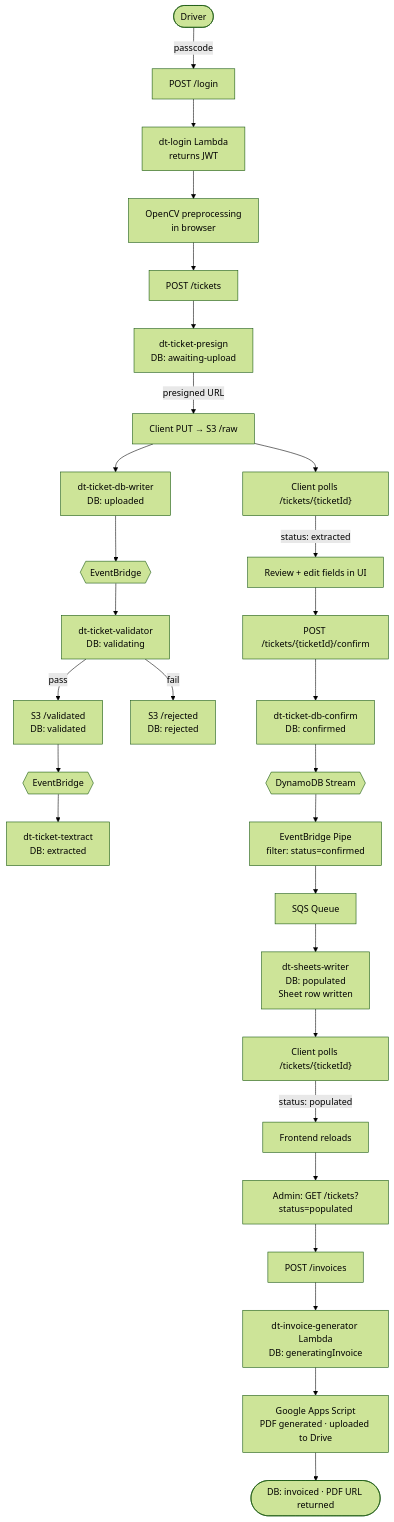
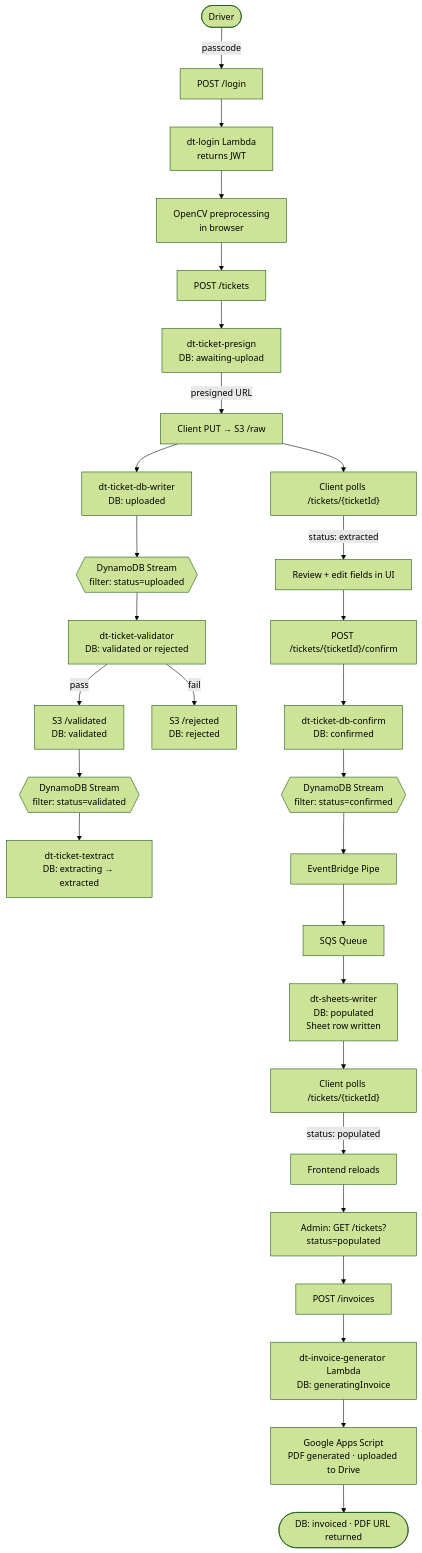
One commit to artomatiq/ccs-ticket-backend changed the first of 2 diagrams in ARCHITECTURE.MD. Above: the diagram before and after it, drawn with Mermaid (forest theme). The commit also changed other lines of this file and 2 other files, not shown here.

````diff
--- a/ARCHITECTURE.MD
+++ b/ARCHITECTURE.MD
@@ -9,36 +9,36 @@
 ```mermaid
 flowchart TD
     A([Driver]) -->|passcode| B[POST /login]
     B --> C[dt-login Lambda\nreturns JWT]
 
     C --> D[OpenCV preprocessing\nin browser]
     D --> E[POST /tickets]
     E --> F[dt-ticket-presign\nDB: awaiting-upload]
     F -->|presigned URL| G[Client PUT → S3 /raw]
 
     G --> H[dt-ticket-db-writer\nDB: uploaded]
-    H --> I{{EventBridge}}
-    I --> J[dt-ticket-validator\nDB: validating]
+    H --> S1{{DynamoDB Stream\nfilter: status=uploaded}}
+    S1 --> J[dt-ticket-validator\nDB: validated or rejected]
     J -->|pass| K[S3 /validated\nDB: validated]
     J -->|fail| L[S3 /rejected\nDB: rejected]
-    K --> M{{EventBridge}}
-    M --> N[dt-ticket-textract\nDB: extracted]
+    K --> S2{{DynamoDB Stream\nfilter: status=validated}}
+    S2 --> N[dt-ticket-textract\nDB: extracting → extracted]
 
     G --> O["Client polls /tickets/{ticketId}"]
     O -->|status: extracted| P[Review + edit fields in UI]
     P --> Q["POST /tickets/{ticketId}/confirm"]
     Q --> R[dt-ticket-db-confirm\nDB: confirmed]
-    R --> S{{DynamoDB Stream}}
-    S --> pipe[EventBridge Pipe\nfilter: status=confirmed]
+    R --> S3{{DynamoDB Stream\nfilter: status=confirmed}}
+    S3 --> pipe[EventBridge Pipe]
     pipe --> sqs[SQS Queue]
     sqs --> T[dt-sheets-writer\nDB: populated\nSheet row written]
 
     T --> U["Client polls /tickets/{ticketId}"]
     U -->|status: populated| V[Frontend reloads]
 
     V --> W[Admin: GET /tickets?status=populated]
     W --> X[POST /invoices]
     X --> Y[dt-invoice-generator Lambda\nDB: generatingInvoice]
     Y --> Z[Google Apps Script\nPDF generated · uploaded to Drive]
     Z --> AA([DB: invoiced · PDF URL returned])
 ```
````
